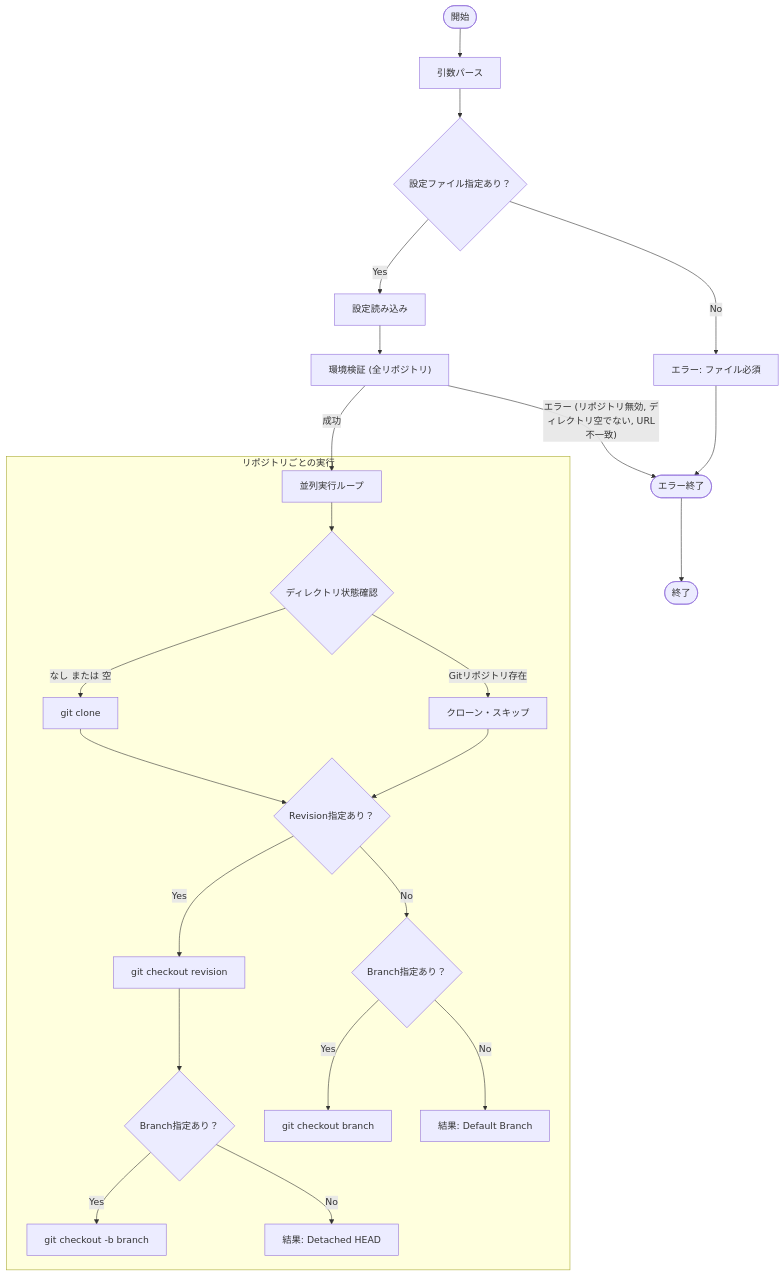
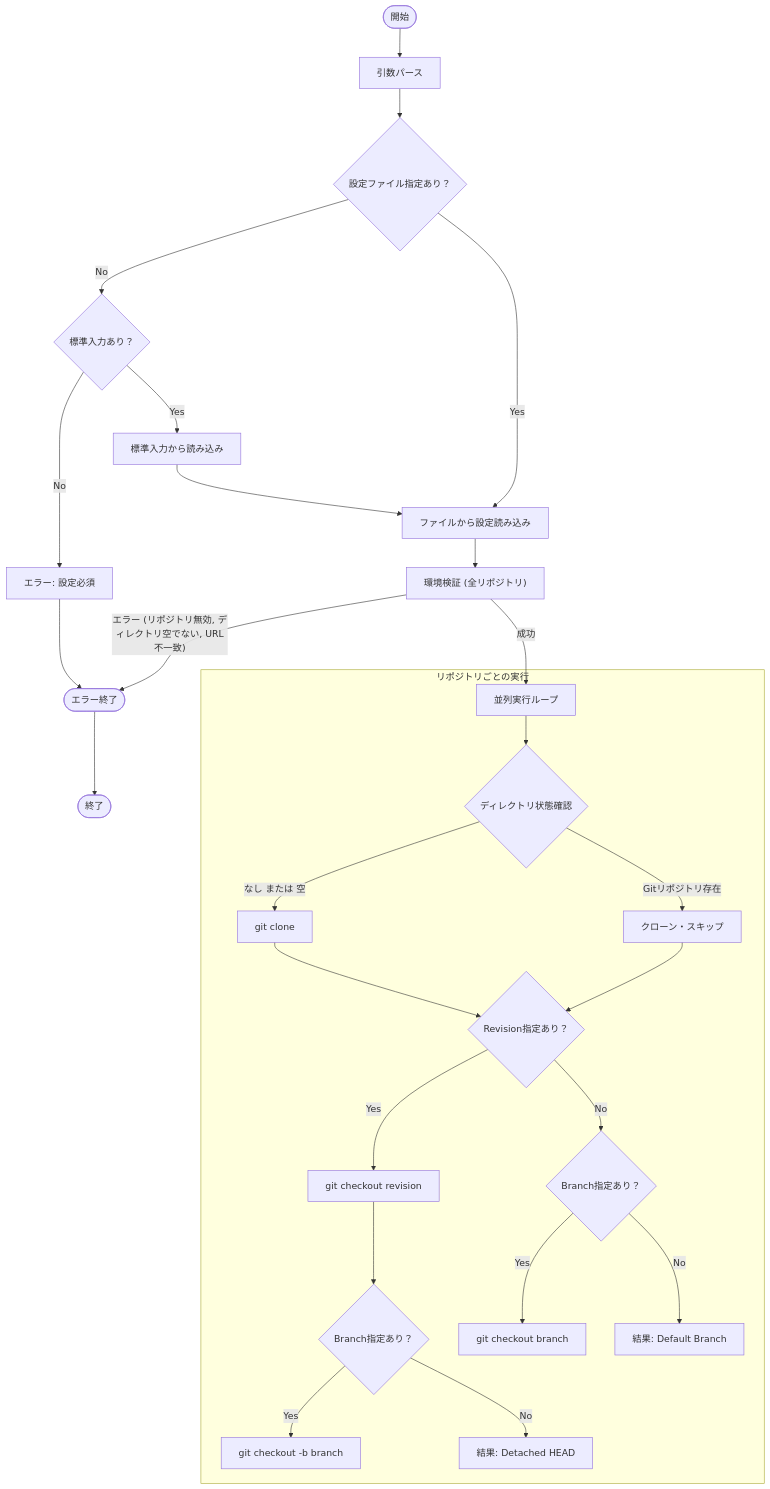
One commit to keiji/mistletoe changed the diagram in docs/internal/app/init.md. Above: the diagram before and after it, drawn with Mermaid. The commit also changed other lines of this file and 17 other files, not shown here.

````diff
--- a/docs/internal/app/init.md
+++ b/docs/internal/app/init.md
@@ -66,35 +68,38 @@
 ```mermaid
 flowchart TD
     Start(["開始"]) --> ParseArgs["引数パース"]
     ParseArgs --> CheckFile{"設定ファイル指定あり？"}
-    CheckFile -- No --> ErrorFile["エラー: ファイル必須"]
-    CheckFile -- Yes --> LoadConfig["設定読み込み"]
+    CheckFile -- No --> CheckStdin{"標準入力あり？"}
+    CheckStdin -- No --> ErrorFile["エラー: 設定必須"]
+    CheckStdin -- Yes --> ReadStdin["標準入力から読み込み"]
+    ReadStdin --> LoadConfig
+    CheckFile -- Yes --> LoadConfig["ファイルから設定読み込み"]
     LoadConfig --> ValidateEnv["環境検証 (全リポジトリ)"]
 
     ValidateEnv -- "エラー (リポジトリ無効, ディレクトリ空でない, URL不一致)" --> ErrorExit(["エラー終了"])
     ValidateEnv -- "成功" --> ExecLoop["並列実行ループ"]
 
     subgraph "リポジトリごとの実行"
         ExecLoop --> CheckState{"ディレクトリ状態確認"}
 
         CheckState -- "なし または 空" --> Clone["git clone"]
         CheckState -- "Gitリポジトリ存在" --> SkipClone["クローン・スキップ"]
 
         Clone --> CheckRev{"Revision指定あり？"}
         SkipClone --> CheckRev
 
         CheckRev -- Yes --> CheckoutRev["git checkout revision"]
         CheckoutRev --> CheckBranchWithRev{"Branch指定あり？"}
 
         CheckBranchWithRev -- Yes --> CreateBranch["git checkout -b branch"]
         CheckBranchWithRev -- No --> Detached["結果: Detached HEAD"]
 
         CheckRev -- No --> CheckBranchOnly{"Branch指定あり？"}
 
         CheckBranchOnly -- Yes --> CheckoutBranch["git checkout branch"]
         CheckBranchOnly -- No --> DefaultBranch["結果: Default Branch"]
     end
 
     ErrorFile --> ErrorExit
     ErrorExit --> Stop(["終了"])
 ```
````
